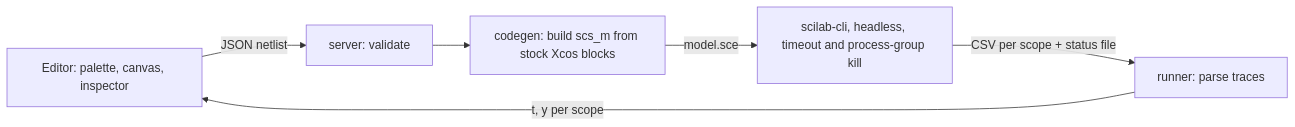
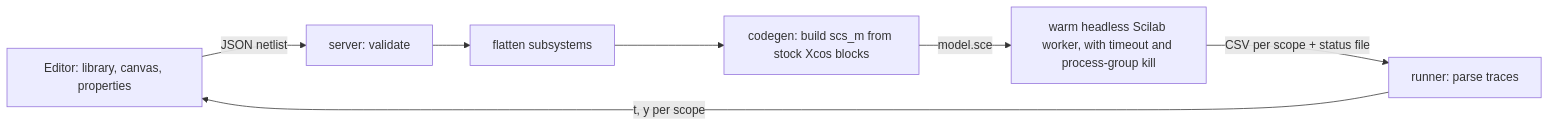
One commit to PontshoMbizo/fulgurlab changed the diagram in README.md. Above: the diagram before and after it, drawn with Mermaid. The commit also changed other lines of this file and 36 other files, not shown here.

````diff
--- a/README.md
+++ b/README.md
@@ -11,8 +21,9 @@
 ```mermaid
 flowchart LR
-  E[Editor: palette, canvas, inspector] -->|JSON netlist| V[server: validate]
-  V --> G[codegen: build scs_m from stock Xcos blocks]
-  G -->|model.sce| S[scilab-cli, headless, timeout and process-group kill]
+  E[Editor: library, canvas, properties] -->|JSON netlist| V[server: validate]
+  V --> F[flatten subsystems]
+  F --> G[codegen: build scs_m from stock Xcos blocks]
+  G -->|model.sce| S[warm headless Scilab worker, with timeout and process-group kill]
   S -->|CSV per scope + status file| R[runner: parse traces]
   R -->|t, y per scope| E
 ```
````
